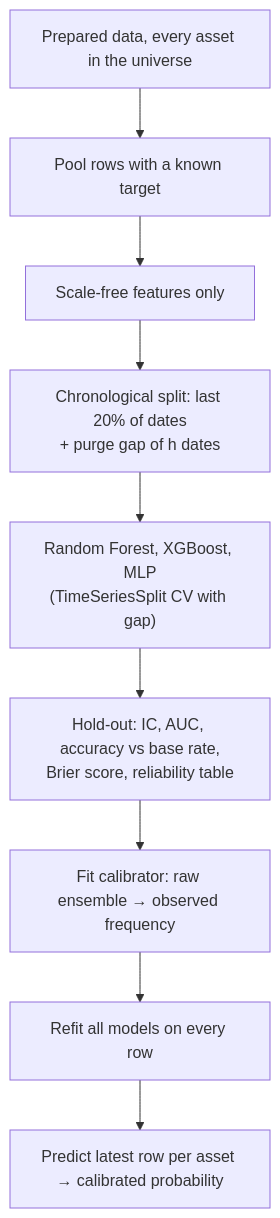
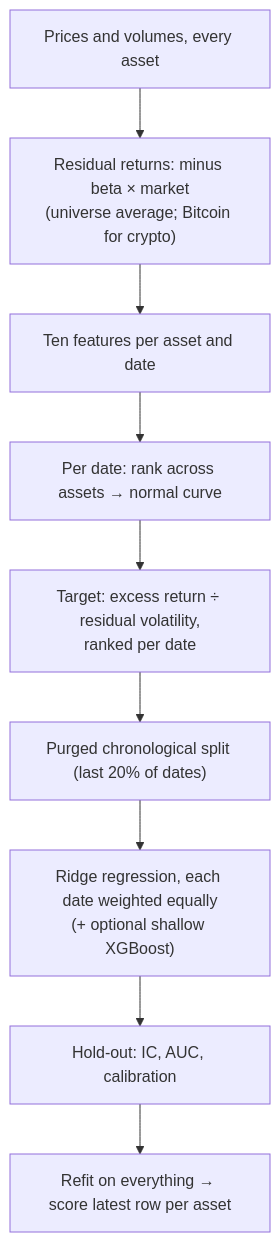
One commit to elyr/stock-market-predictor changed the third of 8 diagrams in docs/ARCHITECTURE.md. Above: the diagram before and after it, drawn with Mermaid. The commit also changed other lines of this file and 11 other files, not shown here.

````diff
--- a/docs/ARCHITECTURE.md
+++ b/docs/ARCHITECTURE.md
@@ -267,11 +286,11 @@
 ```mermaid
 flowchart TB
-    A["Prepared data, every asset in the universe"] --> B["Pool rows with a known target"]
-    B --> C["Scale-free features only"]
-    C --> D["Chronological split: last 20% of dates<br/>+ purge gap of h dates"]
-    D --> E["Random Forest, XGBoost, MLP<br/>(TimeSeriesSplit CV with gap)"]
-    E --> F["Hold-out: IC, AUC, accuracy vs base rate,<br/>Brier score, reliability table"]
-    F --> G["Fit calibrator: raw ensemble → observed frequency"]
-    G --> H["Refit all models on every row"]
-    H --> I["Predict latest row per asset → calibrated probability"]
+    A["Prices and volumes, every asset"] --> B["Residual returns: minus beta × market<br/>(universe average; Bitcoin for crypto)"]
+    B --> C["Ten features per asset and date"]
+    C --> D["Per date: rank across assets → normal curve"]
+    D --> E["Target: excess return ÷ residual volatility,<br/>ranked per date"]
+    E --> F["Purged chronological split (last 20% of dates)"]
+    F --> G["Ridge regression, each date weighted equally<br/>(+ optional shallow XGBoost)"]
+    G --> H["Hold-out: IC, AUC, calibration"]
+    H --> I["Refit on everything → score latest row per asset"]
 ```
````
